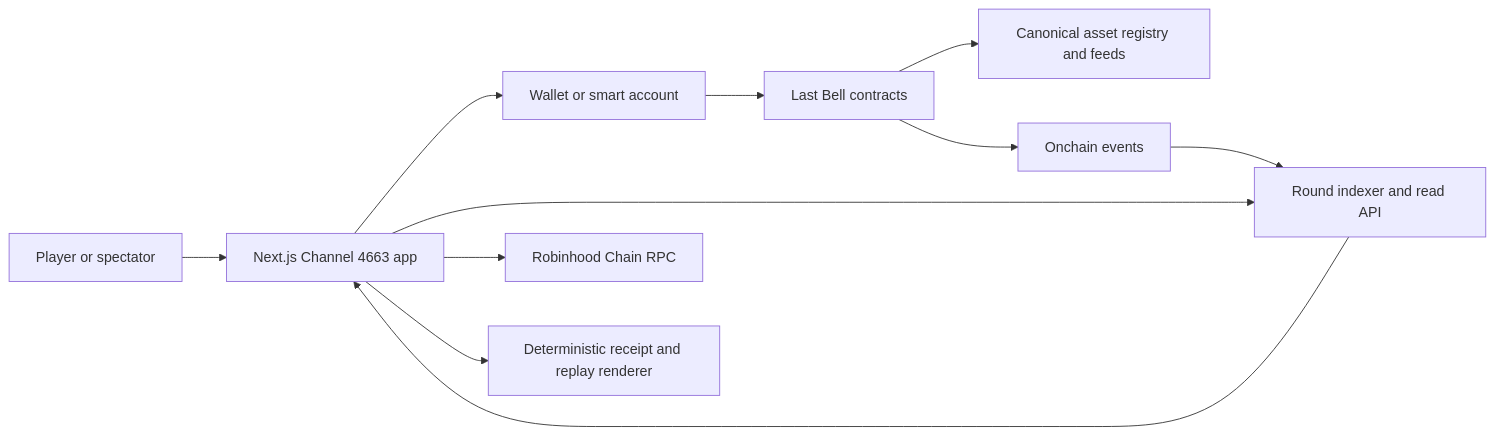
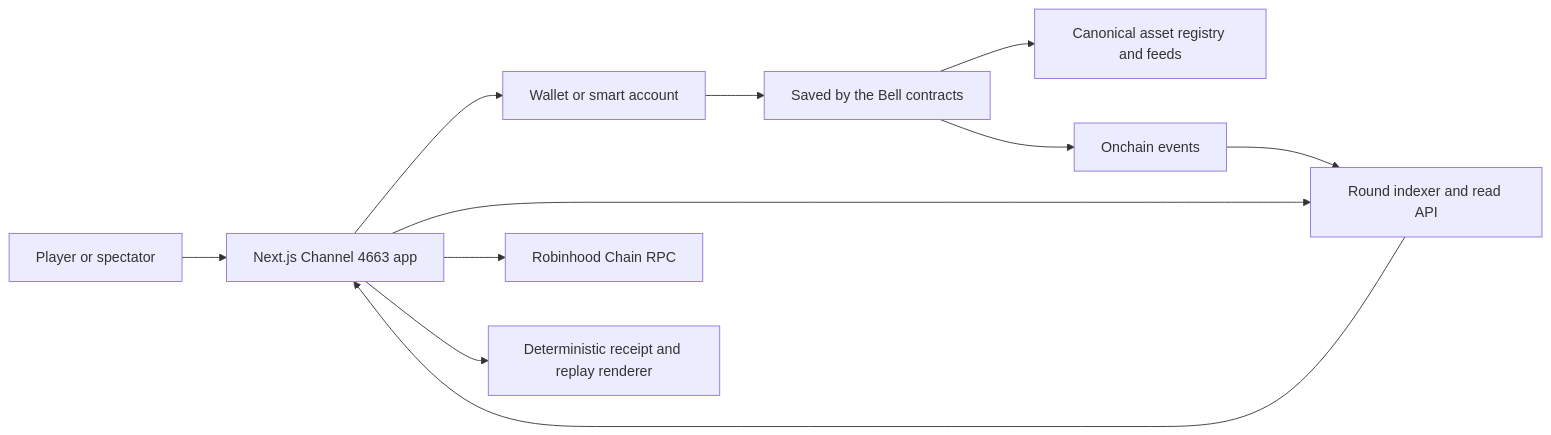
One commit to fourtytwo42/KeyGame changed the diagram in docs/prd/04-technical-product-requirements.md. Above: the diagram before and after it, drawn with Mermaid. The commit also changed other lines of this file and 41 other files, not shown here.

Commit message:
feat(brand): rename product to Saved by the Bell

````diff
--- a/docs/prd/04-technical-product-requirements.md
+++ b/docs/prd/04-technical-product-requirements.md
@@ -26,13 +26,13 @@
 ```mermaid
 flowchart LR
     U["Player or spectator"] --> N["Next.js Channel 4663 app"]
     N --> W["Wallet or smart account"]
     N --> I["Round indexer and read API"]
     N --> R["Robinhood Chain RPC"]
-    W --> C["Last Bell contracts"]
+    W --> C["Saved by the Bell contracts"]
     C --> A["Canonical asset registry and feeds"]
     C --> E["Onchain events"]
     E --> I
     I --> N
     N --> O["Deterministic receipt and replay renderer"]
 ```
````
